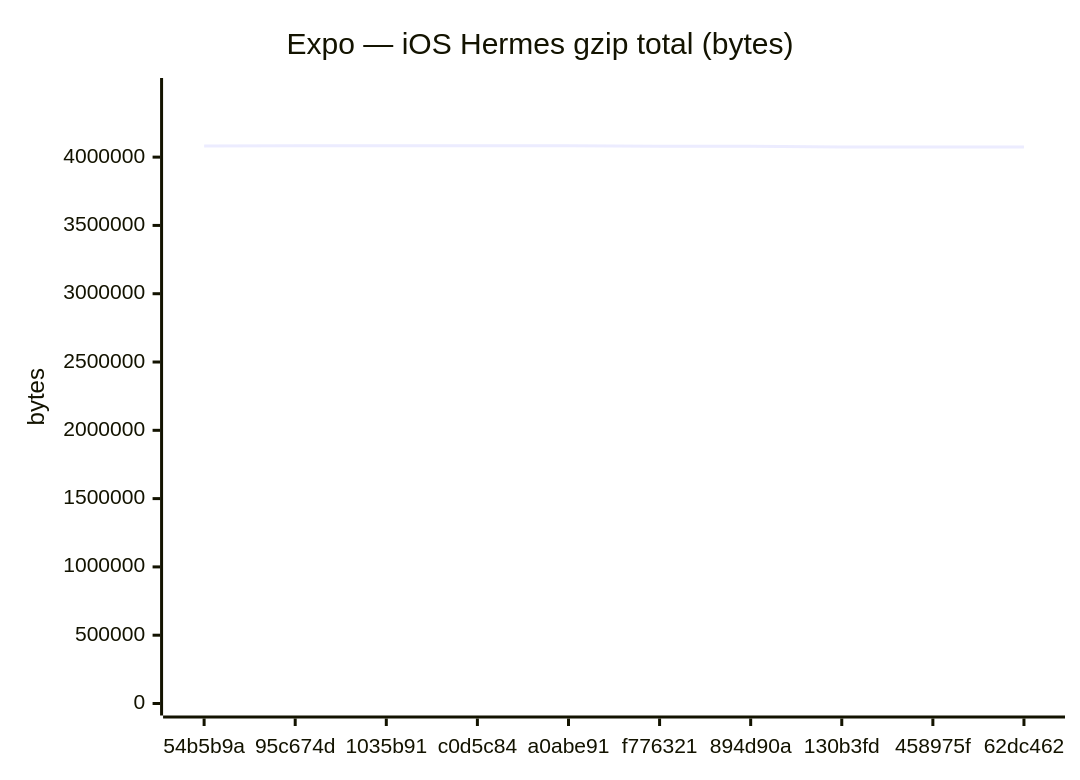
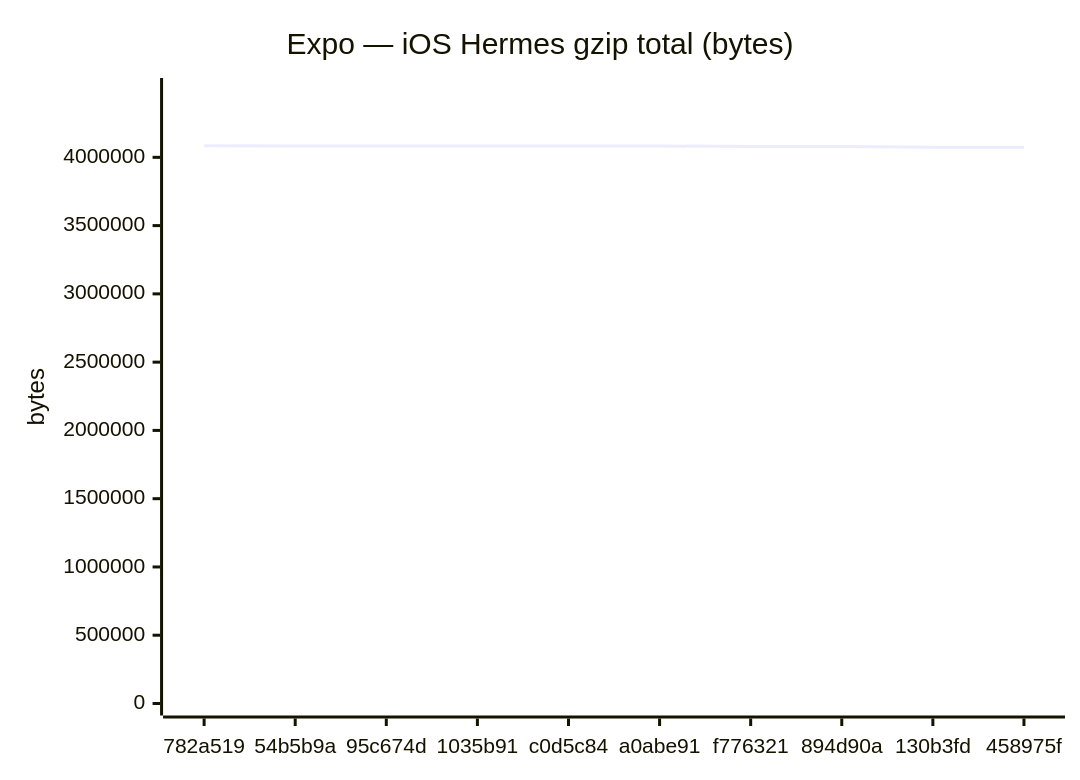
One commit to Metaheurist/Rianell changed the sixth of 18 diagrams in benchmarks/compare.md. Above: the diagram before and after it, drawn with Mermaid. The commit also changed other lines of this file and 11 other files, not shown here.

````diff
--- a/benchmarks/compare.md
+++ b/benchmarks/compare.md
@@ -96,7 +96,7 @@
 ```mermaid
 xychart-beta
     title "Expo — iOS Hermes gzip total (bytes)"
-    x-axis ["54b5b9a", "95c674d", "1035b91", "c0d5c84", "a0abe91", "f776321", "894d90a", "130b3fd", "458975f", "62dc462"]
-    y-axis "bytes" 0 --> 4491419
-    line [4082348, 4083105, 4083108, 4083106, 4083107, 4079675, 4079243, 4074172, 4073443, 4073443]
+    x-axis ["782a519", "54b5b9a", "95c674d", "1035b91", "c0d5c84", "a0abe91", "f776321", "894d90a", "130b3fd", "458975f"]
+    y-axis "bytes" 0 --> 4493145
+    line [4084677, 4082348, 4083105, 4083108, 4083106, 4083107, 4079675, 4079243, 4074172, 4073443]
 ```
````
